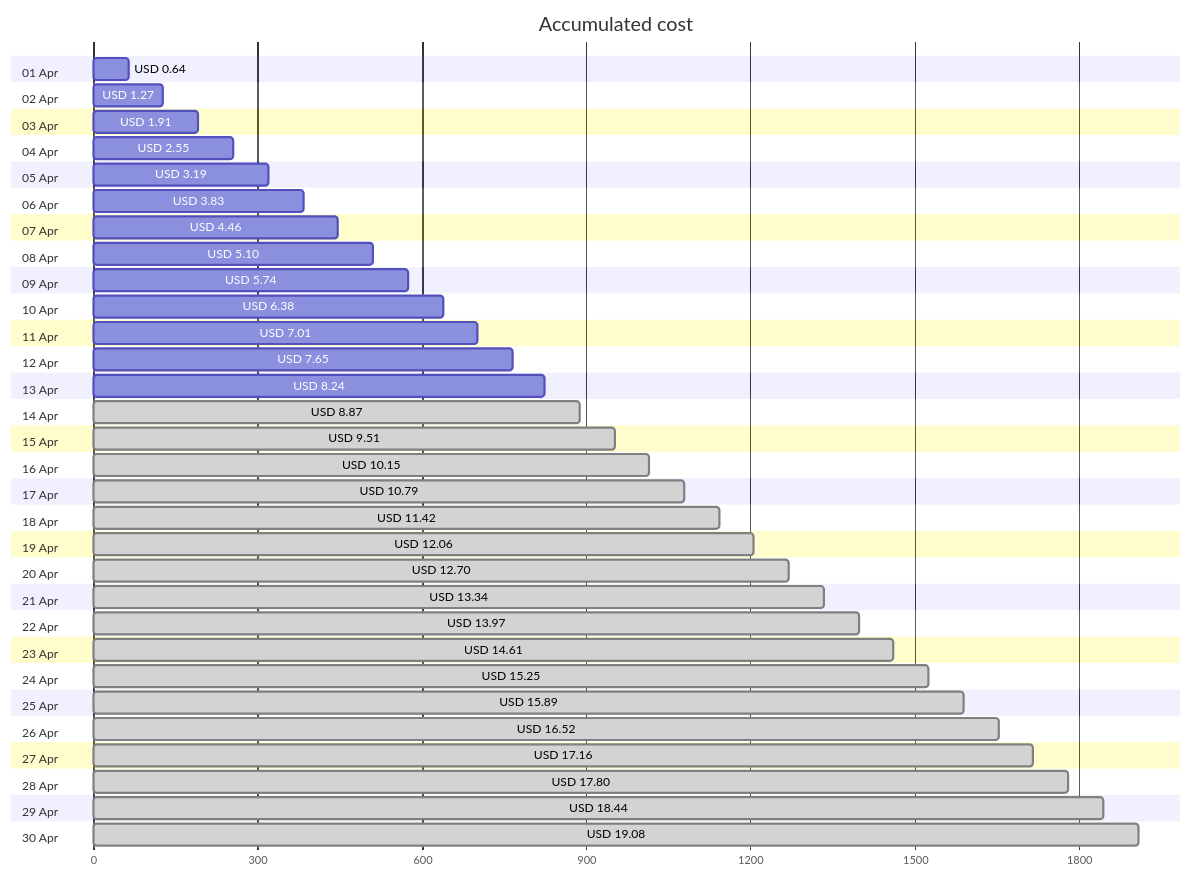
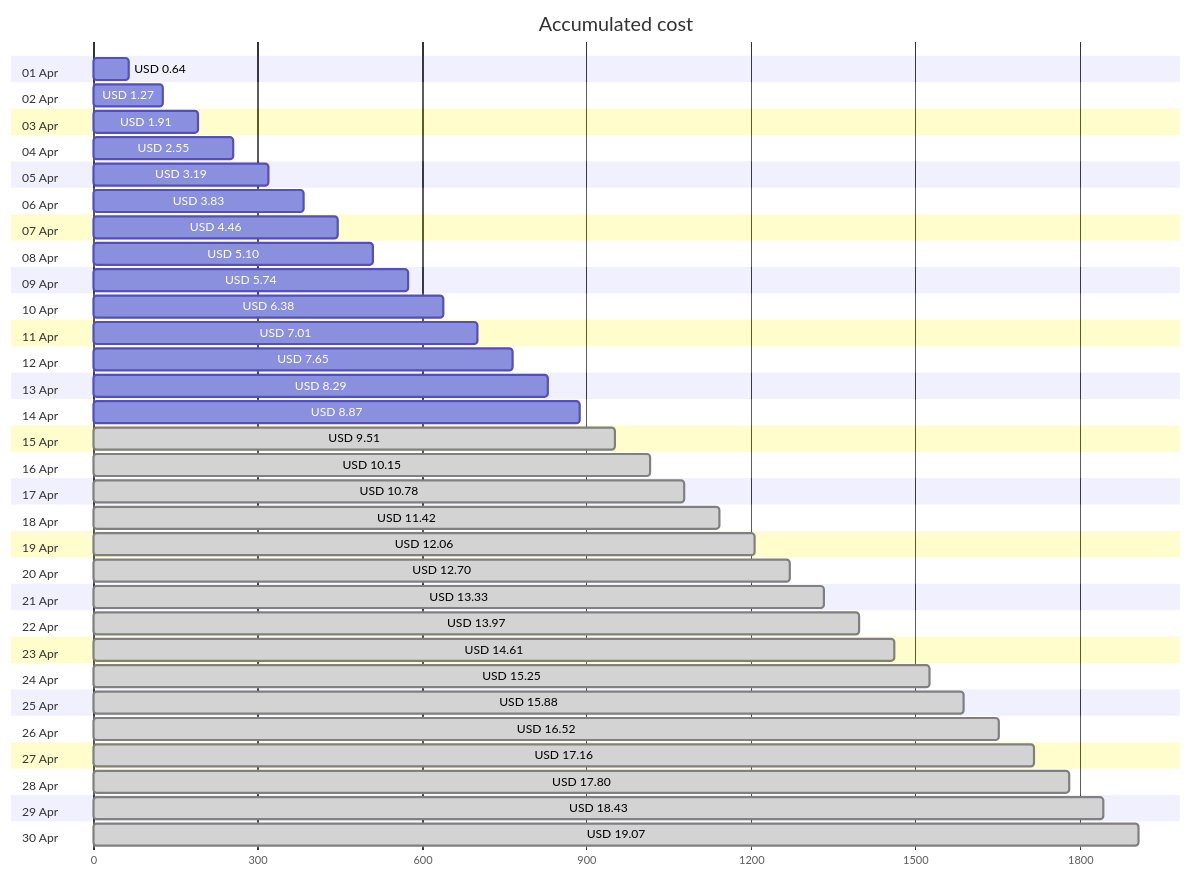
One commit to jpfulton/azure-personal-reports changed the first of 4 diagrams in cost-reports/accumulated-cost.md. Above: the diagram before and after it, drawn with Mermaid. The commit also changed other lines of this file and 4 other files, not shown here.

````diff
--- a/cost-reports/accumulated-cost.md
+++ b/cost-reports/accumulated-cost.md
@@ -20,66 +20,66 @@
 ```mermaid
 gantt
    title Accumulated cost
    dateFormat  X
    axisFormat %s
    section 01 Apr
    USD 0.64 :0, 64
    section 02 Apr
    USD 1.27 :0, 127
    section 03 Apr
    USD 1.91 :0, 191
    section 04 Apr
    USD 2.55 :0, 255
    section 05 Apr
    USD 3.19 :0, 319
    section 06 Apr
    USD 3.83 :0, 383
    section 07 Apr
    USD 4.46 :0, 446
    section 08 Apr
    USD 5.10 :0, 510
    section 09 Apr
    USD 5.74 :0, 574
    section 10 Apr
    USD 6.38 :0, 638
    section 11 Apr
    USD 7.01 :0, 701
    section 12 Apr
    USD 7.65 :0, 765
    section 13 Apr
-   USD 8.24 :0, 824
+   USD 8.29 :0, 829
    section 14 Apr
-   USD 8.87 : done, 0, 887
+   USD 8.87 :0, 887
    section 15 Apr
    USD 9.51 : done, 0, 951
    section 16 Apr
    USD 10.15 : done, 0, 1015
    section 17 Apr
-   USD 10.79 : done, 0, 1079
+   USD 10.78 : done, 0, 1078
    section 18 Apr
    USD 11.42 : done, 0, 1142
    section 19 Apr
    USD 12.06 : done, 0, 1206
    section 20 Apr
    USD 12.70 : done, 0, 1270
    section 21 Apr
-   USD 13.34 : done, 0, 1334
+   USD 13.33 : done, 0, 1333
    section 22 Apr
    USD 13.97 : done, 0, 1397
    section 23 Apr
    USD 14.61 : done, 0, 1461
    section 24 Apr
    USD 15.25 : done, 0, 1525
    section 25 Apr
-   USD 15.89 : done, 0, 1589
+   USD 15.88 : done, 0, 1588
    section 26 Apr
    USD 16.52 : done, 0, 1652
    section 27 Apr
    USD 17.16 : done, 0, 1716
    section 28 Apr
    USD 17.80 : done, 0, 1780
    section 29 Apr
-   USD 18.44 : done, 0, 1844
+   USD 18.43 : done, 0, 1843
    section 30 Apr
-   USD 19.08 : done, 0, 1908
+   USD 19.07 : done, 0, 1907
 ```
````
